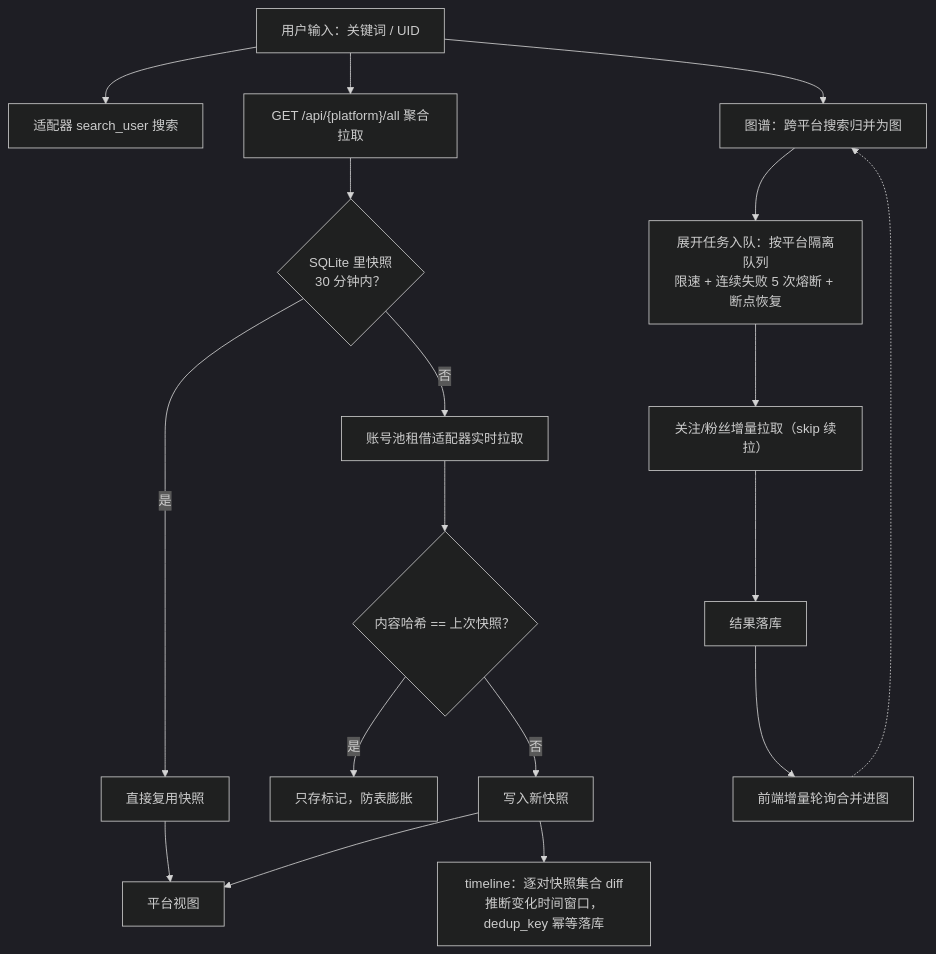
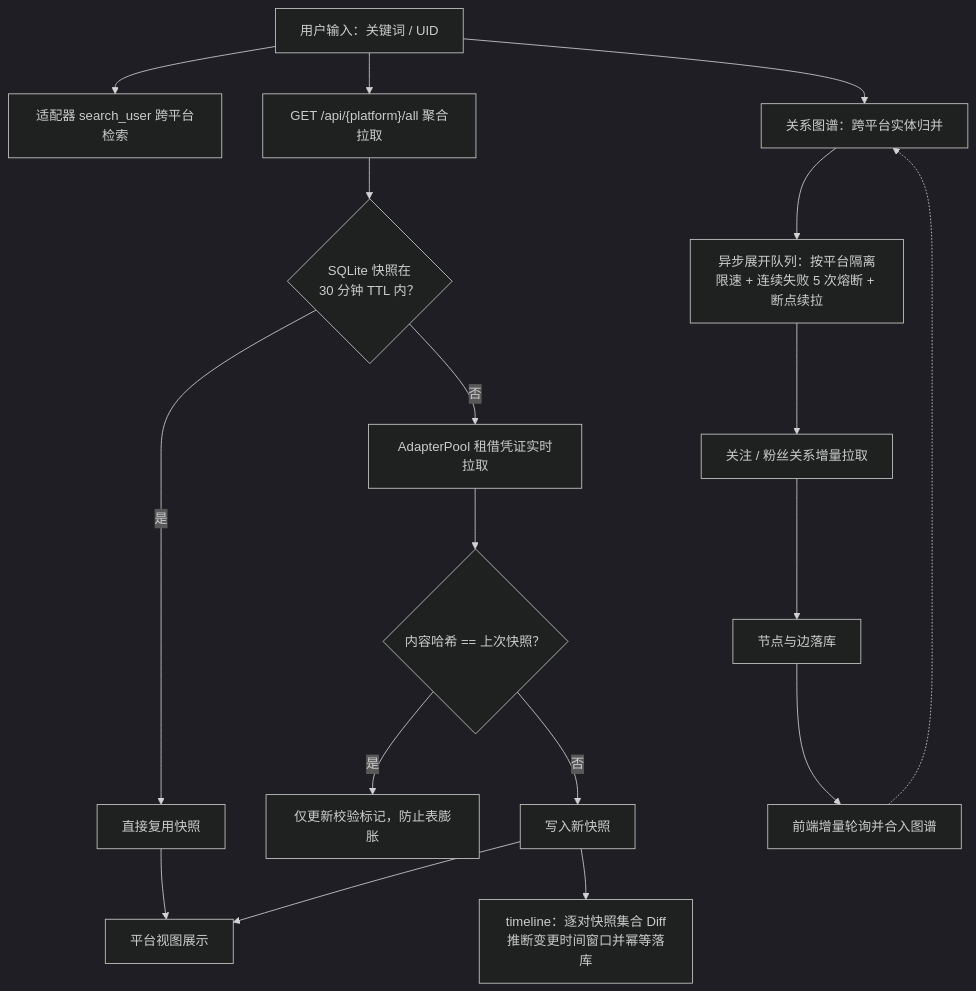
The second of 2 diagrams in README.md (element-17/Sight), drawn with Mermaid (dark theme) before and after one commit. The commit also changed other lines of this file, not shown here.

````diff
--- a/README.md
+++ b/README.md
@@ -82,20 +77,20 @@
 ```mermaid
 flowchart TD
-    S["用户输入：关键词 / UID"] --> SE["适配器 search_user 搜索"]
+    S["用户输入：关键词 / UID"] --> SE["适配器 search_user 跨平台检索"]
     S --> ALL["GET /api/{platform}/all 聚合拉取"]
-    ALL --> FRESH{"SQLite 里快照<br/>30 分钟内？"}
+    ALL --> FRESH{"SQLite 快照在<br/>30 分钟 TTL 内？"}
     FRESH -->|是| REUSE["直接复用快照"]
-    FRESH -->|否| PULL["账号池租借适配器实时拉取"]
+    FRESH -->|否| PULL["AdapterPool 租借凭证实时拉取"]
     PULL --> HASH{"内容哈希 == 上次快照？"}
-    HASH -->|是| MARK["只存标记，防表膨胀"]
+    HASH -->|是| MARK["仅更新校验标记，防止表膨胀"]
     HASH -->|否| WRITE["写入新快照"]
-    REUSE --> VIEW["平台视图"]
+    REUSE --> VIEW["平台视图展示"]
     WRITE --> VIEW
-    WRITE --> TL["timeline：逐对快照集合 diff<br/>推断变化时间窗口，dedup_key 幂等落库"]
-    S --> G["图谱：跨平台搜索归并为图"]
-    G --> Q["展开任务入队：按平台隔离队列<br/>限速 + 连续失败 5 次熔断 + 断点恢复"]
-    Q --> FF["关注/粉丝增量拉取（skip 续拉）"]
-    FF --> DB["结果落库"]
-    DB --> P["前端增量轮询合并进图"]
+    WRITE --> TL["timeline：逐对快照集合 Diff<br/>推断变更时间窗口并幂等落库"]
+    S --> G["关系图谱：跨平台实体归并"]
+    G --> Q["异步展开队列：按平台隔离<br/>限速 + 连续失败 5 次熔断 + 断点续拉"]
+    Q --> FF["关注 / 粉丝关系增量拉取"]
+    FF --> DB["节点与边落库"]
+    DB --> P["前端增量轮询并合入图谱"]
     P -.-> G
 ```
````
